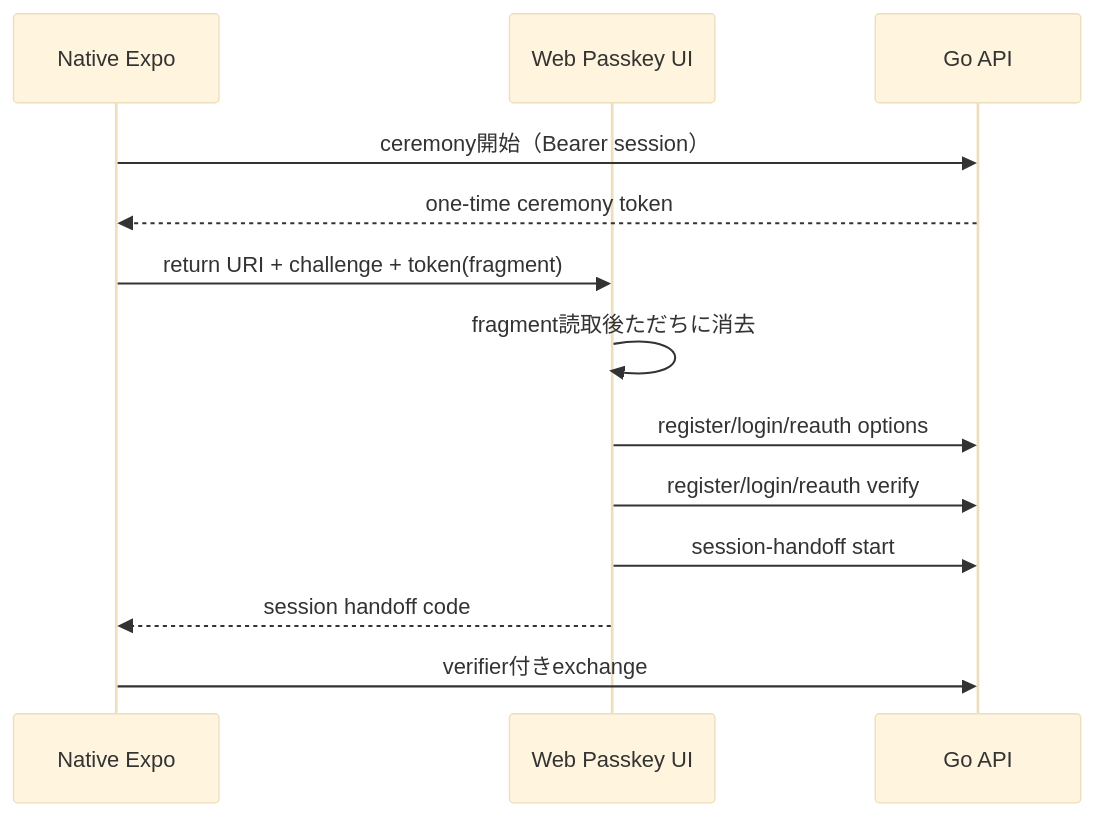
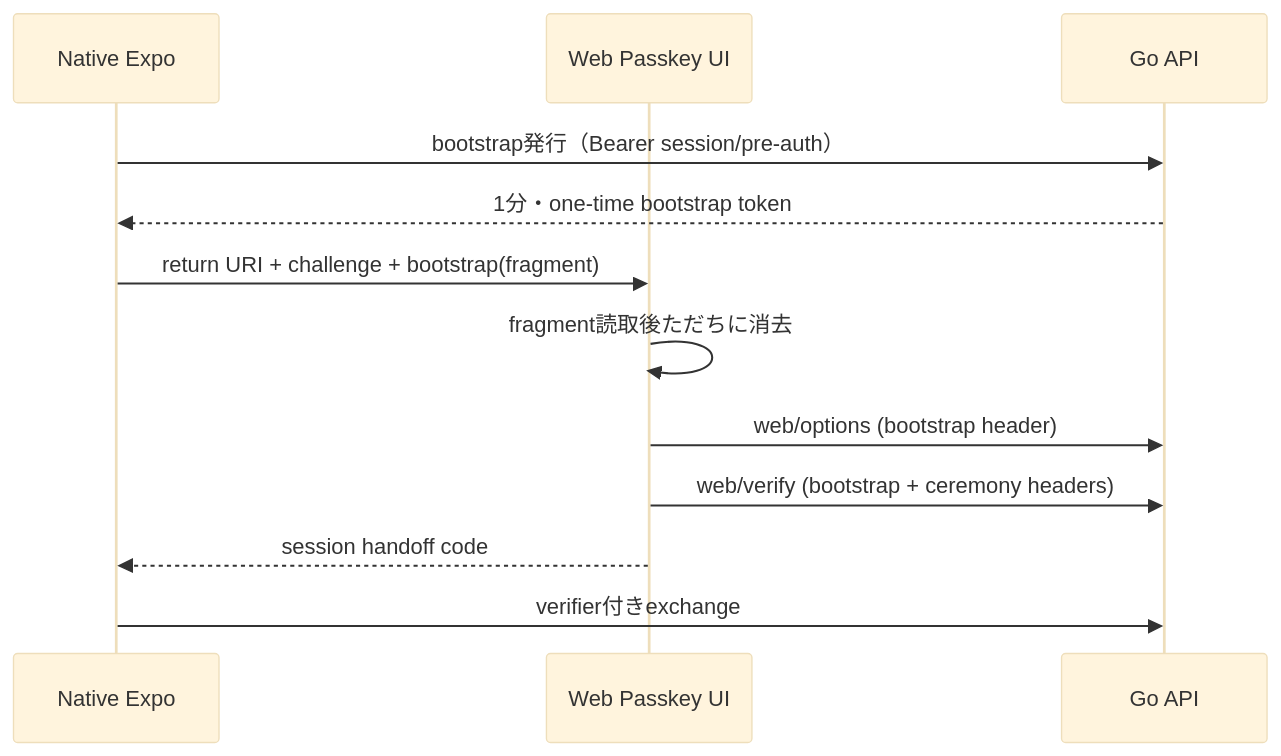
Before and after one commit to Tornado2026-team-j/Samurai-meet: the diagram in docs/ai/frontend/web-passkey-contract.md, drawn with Mermaid (base theme). The commit also changed other lines of this file and 11 other files, not shown here.

````diff
--- a/docs/ai/frontend/web-passkey-contract.md
+++ b/docs/ai/frontend/web-passkey-contract.md
@@ -5,15 +5,14 @@
 ```mermaid
 sequenceDiagram
  participant N as Native Expo
  participant W as Web Passkey UI
  participant B as Go API
- N->>B: ceremony開始（Bearer session）
- B-->>N: one-time ceremony token
- N->>W: return URI + challenge + token(fragment)
+ N->>B: bootstrap発行（Bearer session/pre-auth）
+ B-->>N: 1分・one-time bootstrap token
+ N->>W: return URI + challenge + bootstrap(fragment)
  W->>W: fragment読取後ただちに消去
- W->>B: register/login/reauth options
- W->>B: register/login/reauth verify
- W->>B: session-handoff start
+ W->>B: web/options (bootstrap header)
+ W->>B: web/verify (bootstrap + ceremony headers)
  W-->>N: session handoff code
  N->>B: verifier付きexchange
 ```
````
